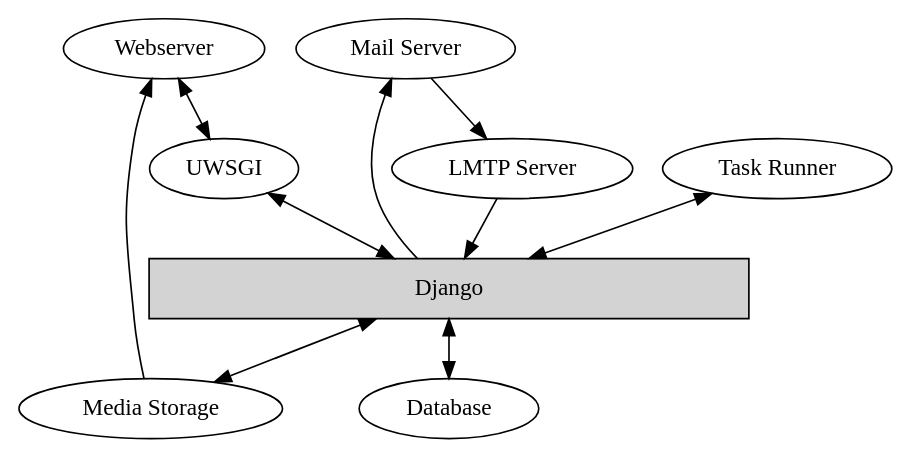
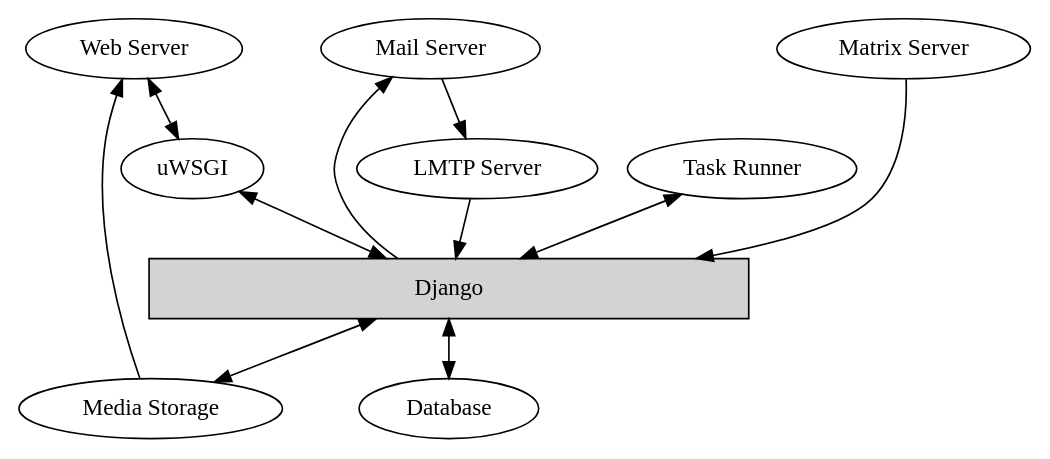
One commit to grouprise/grouprise changed the diagram in docs/deployment/index.rst. Above: the diagram before and after it, drawn with Graphviz. The commit also changed other lines of this file, not shown here.

Commit message:
docs: add Matrix server to architecture overview

```diff
--- a/docs/deployment/index.rst
+++ b/docs/deployment/index.rst
@@ -16,33 +16,35 @@
 .. graphviz::
 
     graph {
         rankdir = "TB"
 
         {
             rank = "max"
             database [label = "Database"]
             media [label = "Media Storage"]
         }
         {
             rank = "same"
             django [label = "Django", shape = "box", style = "filled", width = "5"]
         }
         {
             rank = "same"
-            uwsgi [label = "UWSGI"]
+            uwsgi [label = "uWSGI"]
             worker [label = "Task Runner"]
             lmtp [label = "LMTP Server"]
         }
         {
             rank = "min"
-            webserver [label = "Webserver"]
-            mailserver [label = "Mail Server"]
+            web_server [label = "Web Server"]
+            mail_server [label = "Mail Server"]
+            matrix_server [label = "Matrix Server"]
         }
 
-        webserver -- uwsgi -- django -- database [dir = "both"]
+        web_server -- uwsgi -- django -- database [dir = "both"]
         worker -- django [dir = "both"]
-        mailserver -- lmtp -- django [dir = "forward"]
-        django -- mailserver [dir = "forward"]
-        media -- webserver [dir = "forward"]
+        mail_server -- lmtp -- django [dir = "forward"]
+        matrix_server -- django [dir = "forward"]
+        django -- mail_server [dir = "forward"]
+        media -- web_server [dir = "forward"]
         django -- media [dir = "both"]
     }
```
